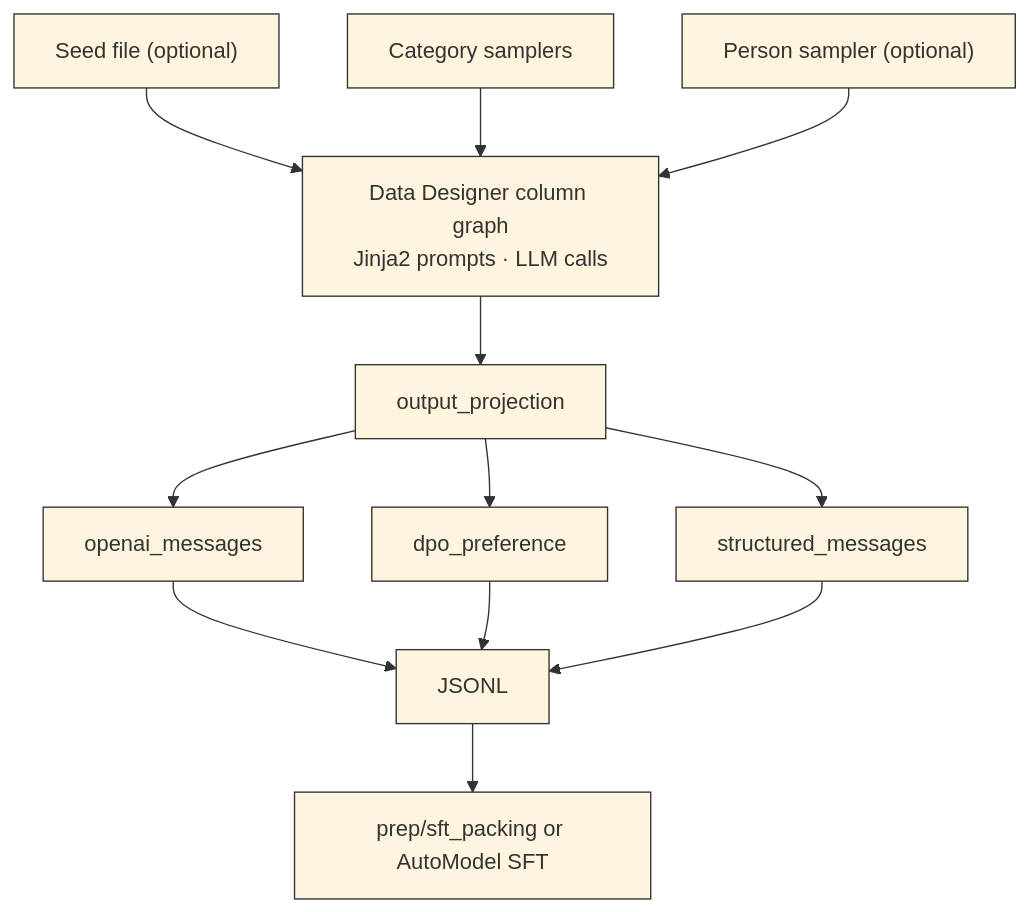
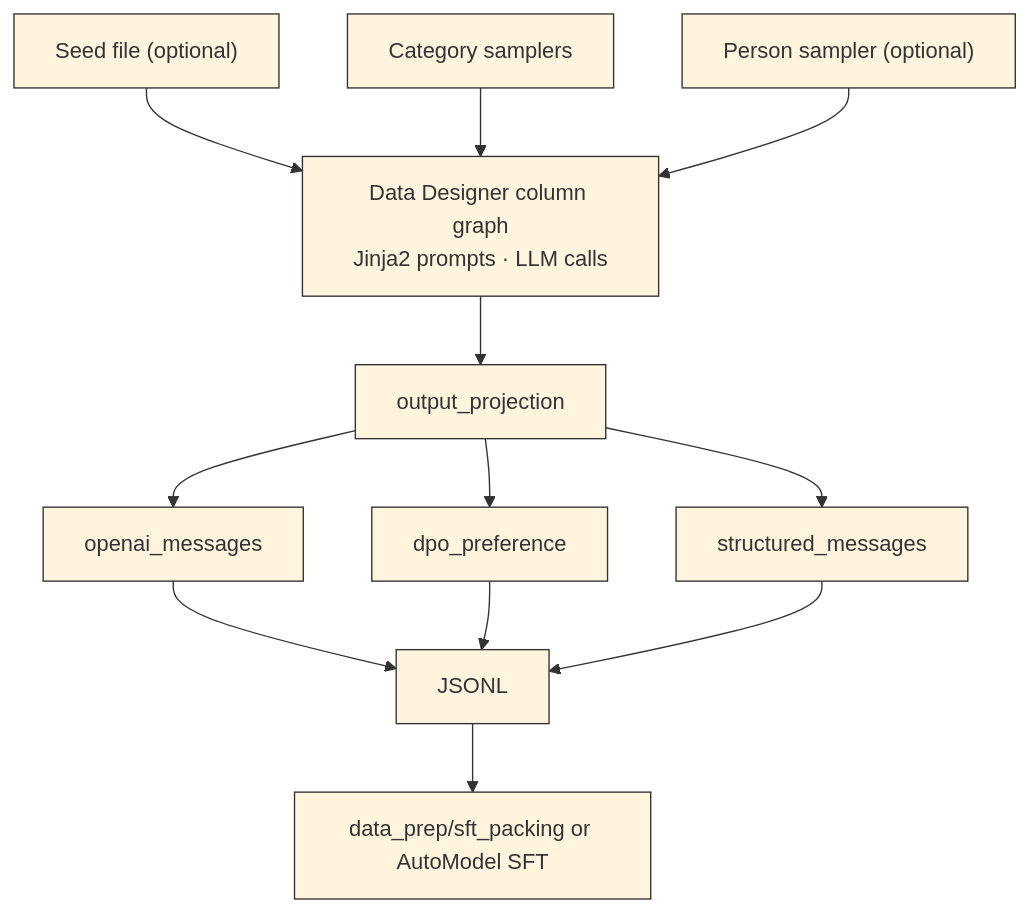
Before and after one commit to mikemckiernan/Nemotron: the diagram in docs/sdg/index.md, drawn with Mermaid. The commit also changed other lines of this file and 76 other files, not shown here.

````diff
--- a/docs/sdg/index.md
+++ b/docs/sdg/index.md
@@ -41,16 +41,16 @@
 ```mermaid
 %%{init: {'theme': 'base', 'themeVariables': { 'primaryBorderColor': '#333333', 'lineColor': '#333333', 'primaryTextColor': '#333333', 'clusterBkg': '#ffffff', 'clusterBorder': '#333333'}}}%%
 flowchart TB
     seed["Seed file (optional)"] --> dsg
     cat["Category samplers"] --> dsg
     per["Person sampler (optional)"] --> dsg
     dsg["Data Designer column graph<br/>Jinja2 prompts · LLM calls"]
     dsg --> proj["output_projection"]
     proj --> om["openai_messages"]
     proj --> dpo["dpo_preference"]
     proj --> sm["structured_messages"]
     om --> jsonl["JSONL"]
     dpo --> jsonl
     sm --> jsonl
-    jsonl --> train["prep/sft_packing or AutoModel SFT"]
+    jsonl --> train["data_prep/sft_packing or AutoModel SFT"]
 ```
````
